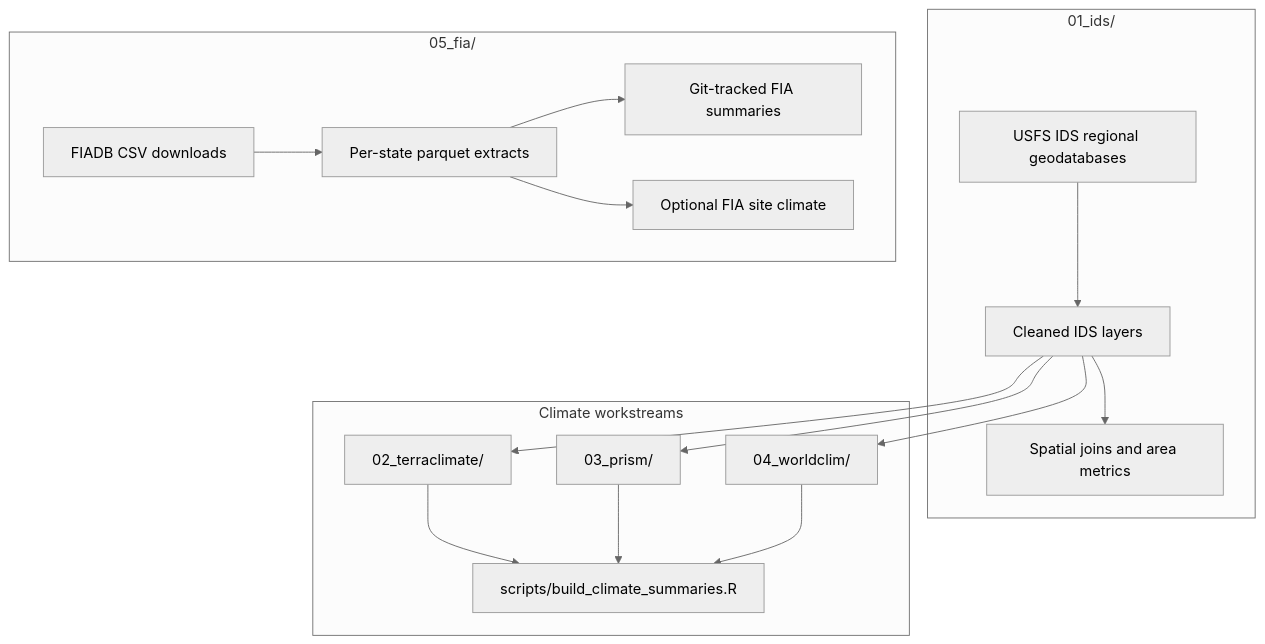
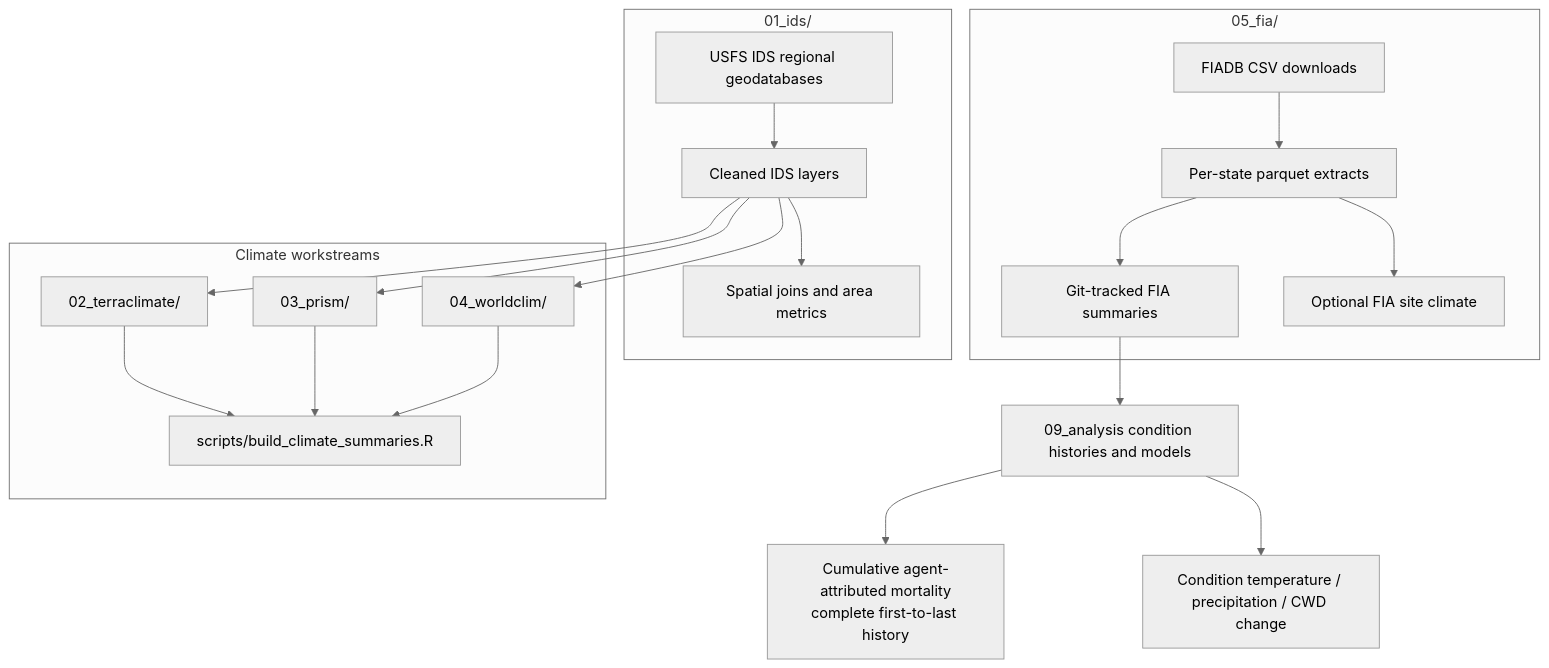
The diagram in docs/PIPELINE_MAP.md (rellimylime/forest-data-compilation), drawn with Mermaid (neutral theme) before and after one commit. The commit also changed other lines of this file and 10 other files, not shown here.

Commit message:
Document the canonical condition-level analysis and model run

````diff
--- a/docs/PIPELINE_MAP.md
+++ b/docs/PIPELINE_MAP.md
@@ -9,32 +9,36 @@
 ```mermaid
 flowchart TB
     subgraph IDS["01_ids/"]
         ids_raw["USFS IDS regional geodatabases"]
         ids_clean["Cleaned IDS layers"]
         ids_metrics["Spatial joins and area metrics"]
         ids_raw --> ids_clean --> ids_metrics
     end
 
     subgraph Climate["Climate workstreams"]
         tc["02_terraclimate/"]
         pr["03_prism/"]
         wc["04_worldclim/"]
         shared["scripts/build_climate_summaries.R"]
         tc --> shared
         pr --> shared
         wc --> shared
     end
 
     subgraph FIA["05_fia/"]
         fia_raw["FIADB CSV downloads"]
         fia_state["Per-state parquet extracts"]
         fia_summary["Git-tracked FIA summaries"]
         fia_site["Optional FIA site climate"]
         fia_raw --> fia_state --> fia_summary
         fia_state --> fia_site
     end
 
     ids_clean --> tc
     ids_clean --> pr
     ids_clean --> wc
+
+    fia_summary --> analysis["09_analysis condition histories and models"]
+    analysis --> mortality["Cumulative agent-attributed mortality<br/>complete first-to-last history"]
+    analysis --> cwm["Condition temperature / precipitation / CWD change"]
 ```
````
